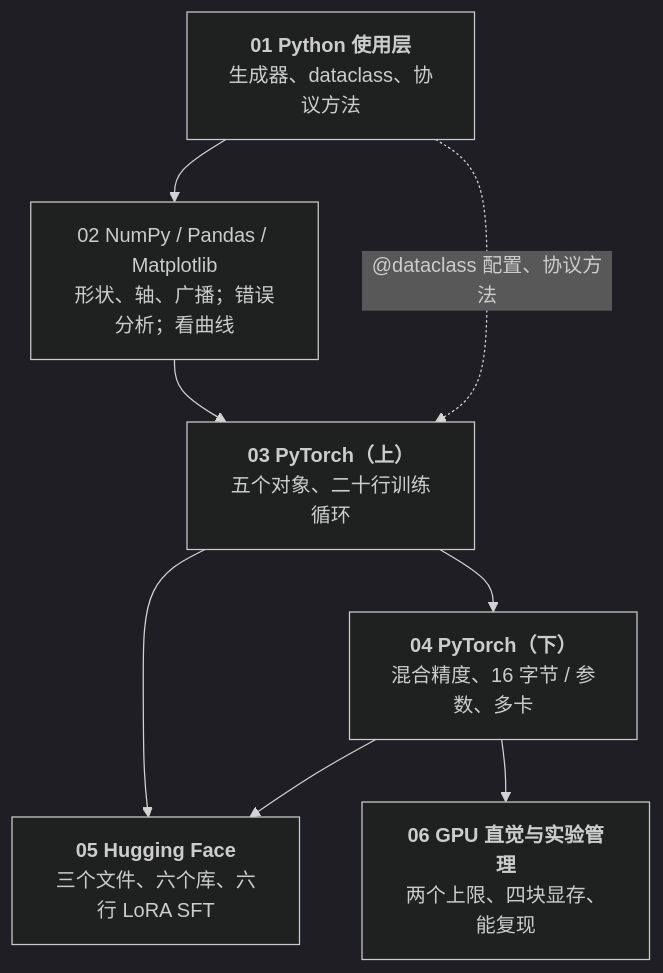
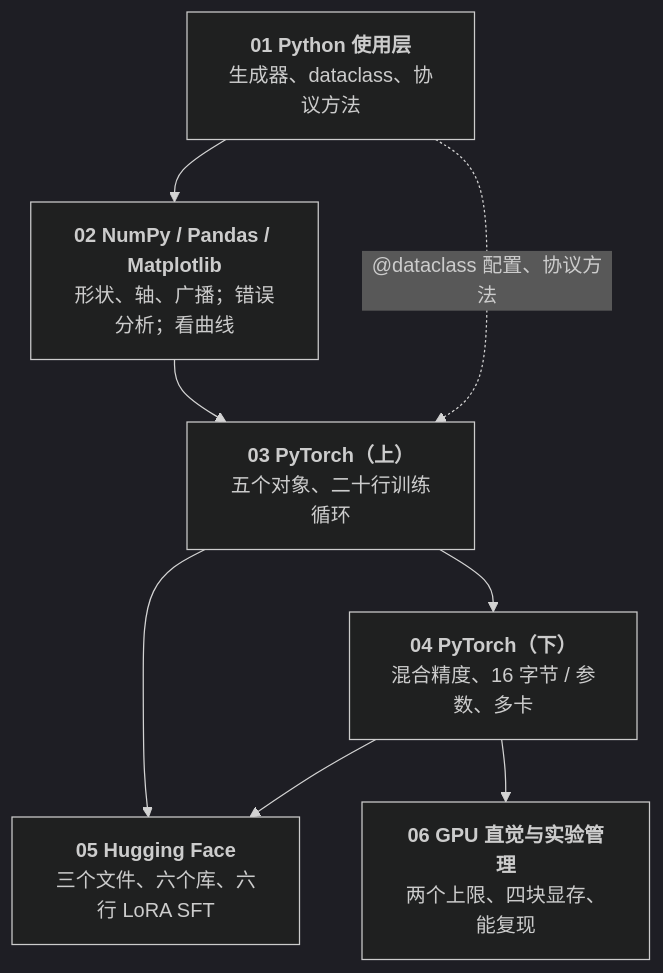
Before and after one commit to arganzheng/arganzheng.github.com: the diagram in _posts/2026-01-22-algorithm-tooling-series-recap-and-self-test.md, drawn with Mermaid (dark theme). The commit also changed 6 other files, not shown here.

First line of the commit message:
Mermaid：五个框标题漏加粗、五张图的图注写法不对

````diff
--- a/_posts/2026-01-22-algorithm-tooling-series-recap-and-self-test.md
+++ b/_posts/2026-01-22-algorithm-tooling-series-recap-and-self-test.md
@@ -20,12 +20,12 @@
 ```mermaid
 %%{init: {"flowchart": {"wrappingWidth": 170}}}%%
 %% 图：工具箱系列全景：Python → 三剑客 → PyTorch 上下 → Hugging Face → GPU 直觉
 flowchart TB
-    P1["<b>01 Python 使用层</b><br/>生成器、dataclass、协议方法"] --> P2["02 NumPy / Pandas / Matplotlib<br/>形状、轴、广播；错误分析；看曲线"]
+    P1["<b>01 Python 使用层</b><br/>生成器、dataclass、协议方法"] --> P2["<b>02 NumPy / Pandas / Matplotlib</b><br/>形状、轴、广播；错误分析；看曲线"]
     P2 --> P3["<b>03 PyTorch（上）</b><br/>五个对象、二十行训练循环"]
     P3 --> P4["<b>04 PyTorch（下）</b><br/>混合精度、16 字节 / 参数、多卡"]
     P3 & P4 --> P5["<b>05 Hugging Face</b><br/>三个文件、六个库、六行 LoRA SFT"]
     P4 --> P6["<b>06 GPU 直觉与实验管理</b><br/>两个上限、四块显存、能复现"]
     P1 -. "@dataclass 配置、协议方法" .-> P3
 
 ```
````
